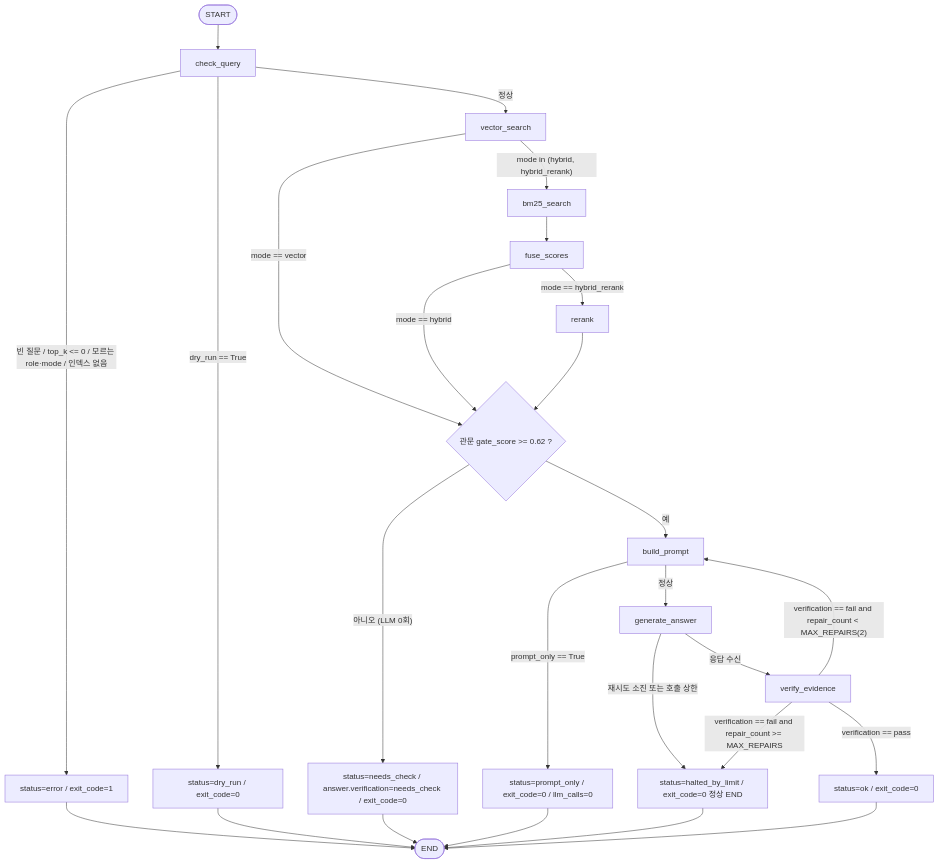
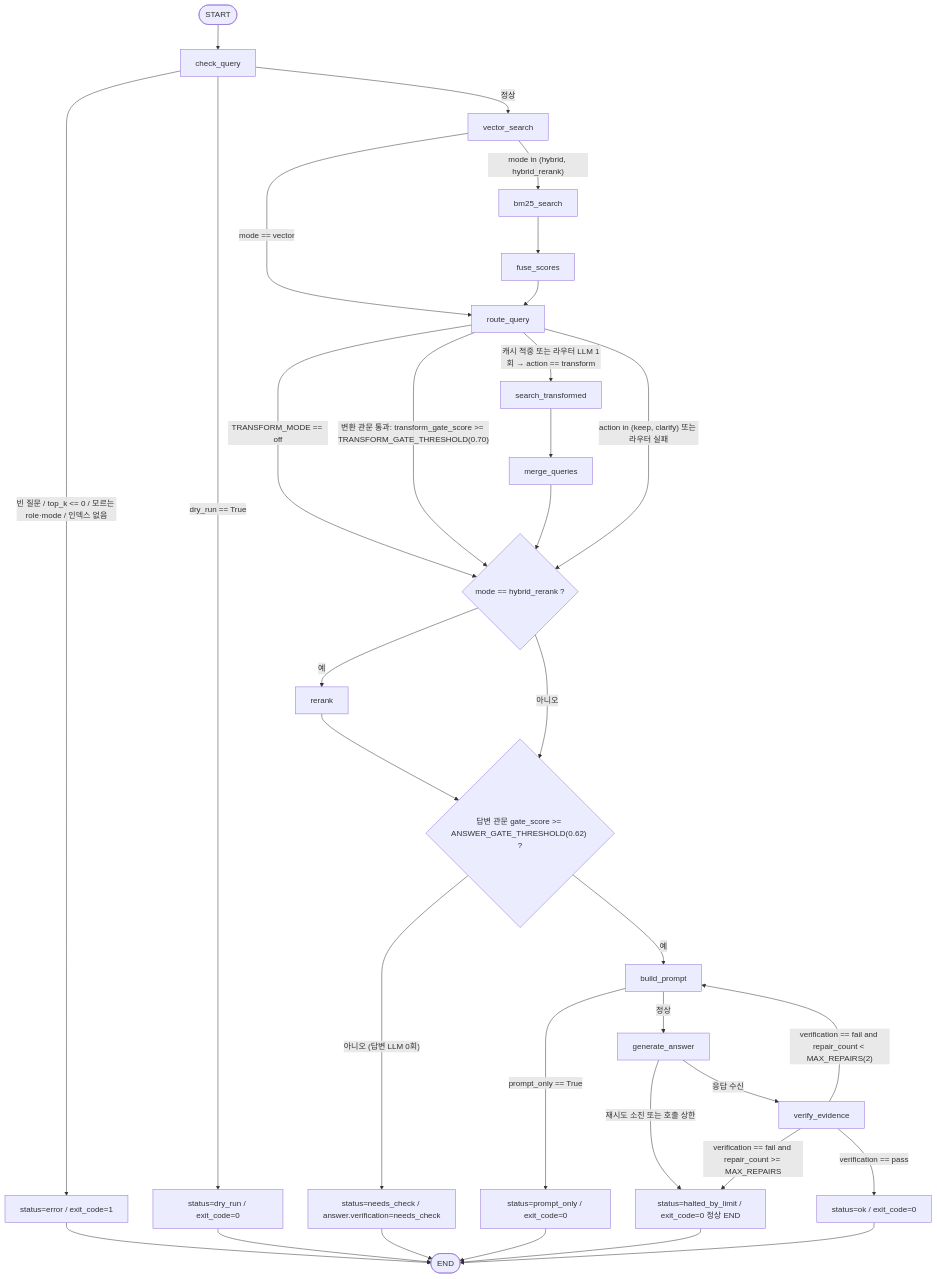
Before and after one commit to unicorn-campus/design-agentic-ai: the second of 2 diagrams in hybrid-ai-lab/vector/plan.md, drawn with Mermaid. The commit also changed other lines of this file, not shown here.

````diff
--- a/hybrid-ai-lab/vector/plan.md
+++ b/hybrid-ai-lab/vector/plan.md
@@ -218,39 +268,51 @@
 ```mermaid
 flowchart TD
     S([START]) --> Q[check_query]
     Q -->|"빈 질문 / top_k <= 0 / 모르는 role·mode / 인덱스 없음"| Y1
     Q -->|"dry_run == True"| Y2
     Q -->|"정상"| VS[vector_search]
 
-    VS -->|"mode == vector"| G{"관문 gate_score >= 0.62 ?"}
+    VS -->|"mode == vector"| RQ[route_query]
     VS -->|"mode in (hybrid, hybrid_rerank)"| BM[bm25_search]
     BM --> FS[fuse_scores]
-    FS -->|"mode == hybrid"| G
-    FS -->|"mode == hybrid_rerank"| RR[rerank]
-    RR --> G
+    FS --> RQ
 
-    G -->|"아니오 (LLM 0회)"| Y3
+    RQ -->|"TRANSFORM_MODE == off"| RR
+    RQ -->|"변환 관문 통과: transform_gate_score >= TRANSFORM_GATE_THRESHOLD(0.70)"| RR
+    RQ -->|"캐시 적중 또는 라우터 LLM 1회 → action == transform"| ST[search_transformed]
+    RQ -->|"action in (keep, clarify) 또는 라우터 실패"| RR
+
+    ST --> MQ[merge_queries]
+    MQ --> RR
+
+    RR{"mode == hybrid_rerank ?"}
+    RR -->|"예"| RK[rerank]
+    RR -->|"아니오"| G
+    RK --> G
+
+    G{"답변 관문 gate_score >= ANSWER_GATE_THRESHOLD(0.62) ?"}
+    G -->|"아니오 (답변 LLM 0회)"| Y3
     G -->|"예"| BP[build_prompt]
     BP -->|"prompt_only == True"| Y4
     BP -->|"정상"| GA[generate_answer]
 
     GA -->|"재시도 소진 또는 호출 상한"| Y5
     GA -->|"응답 수신"| VE[verify_evidence]
     VE -->|"verification == fail and repair_count < MAX_REPAIRS(2)"| BP
     VE -->|"verification == fail and repair_count >= MAX_REPAIRS"| Y5
     VE -->|"verification == pass"| Y0
 
     Y0["status=ok / exit_code=0"]
     Y1["status=error / exit_code=1"]
     Y2["status=dry_run / exit_code=0"]
-    Y3["status=needs_check / answer.verification=needs_check / exit_code=0"]
-    Y4["status=prompt_only / exit_code=0 / llm_calls=0"]
+    Y3["status=needs_check / answer.verification=needs_check"]
+    Y4["status=prompt_only / exit_code=0"]
     Y5["status=halted_by_limit / exit_code=0 정상 END"]
 
     Y0 --> E([END])
     Y1 --> E
     Y2 --> E
     Y3 --> E
     Y4 --> E
     Y5 --> E
 ```
````
